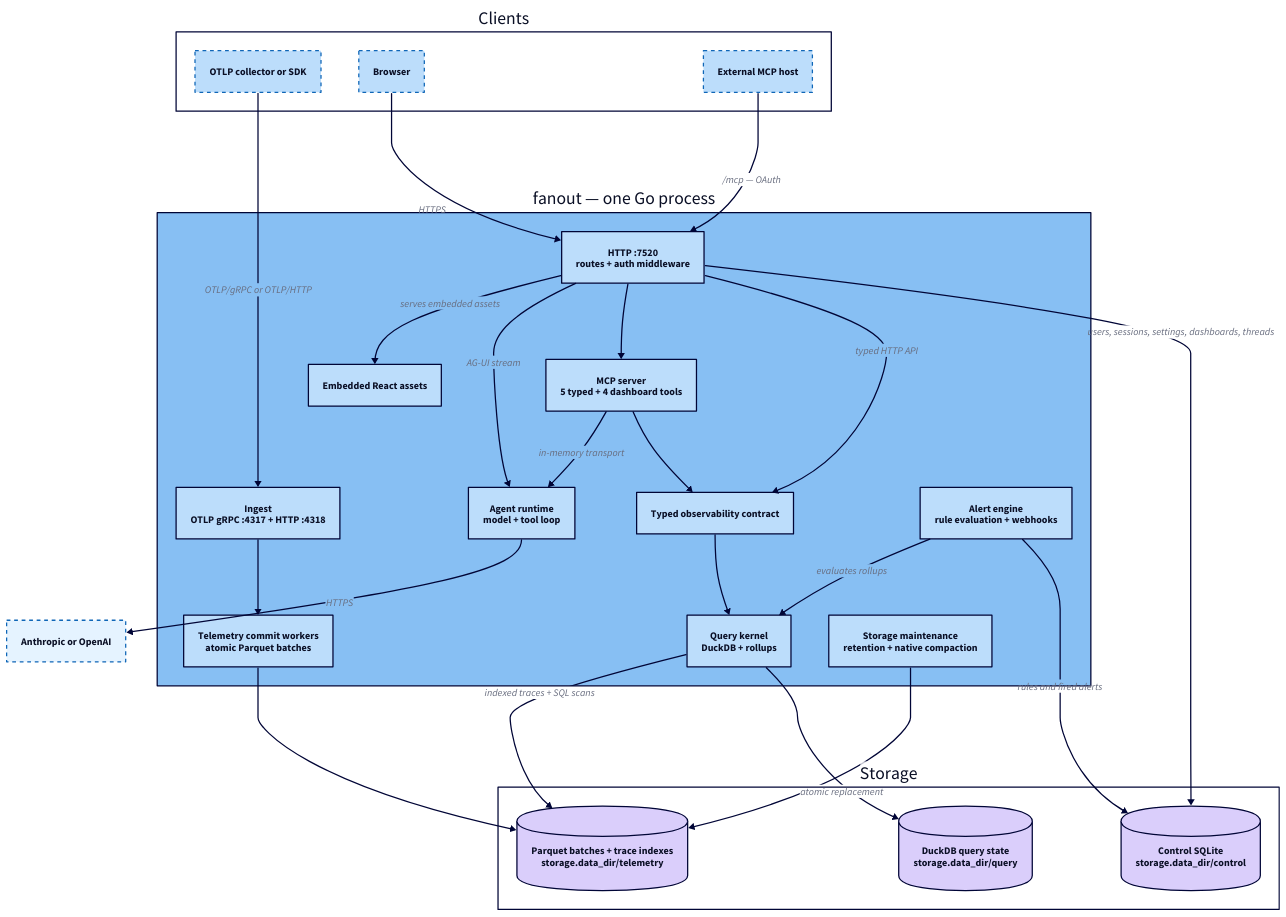
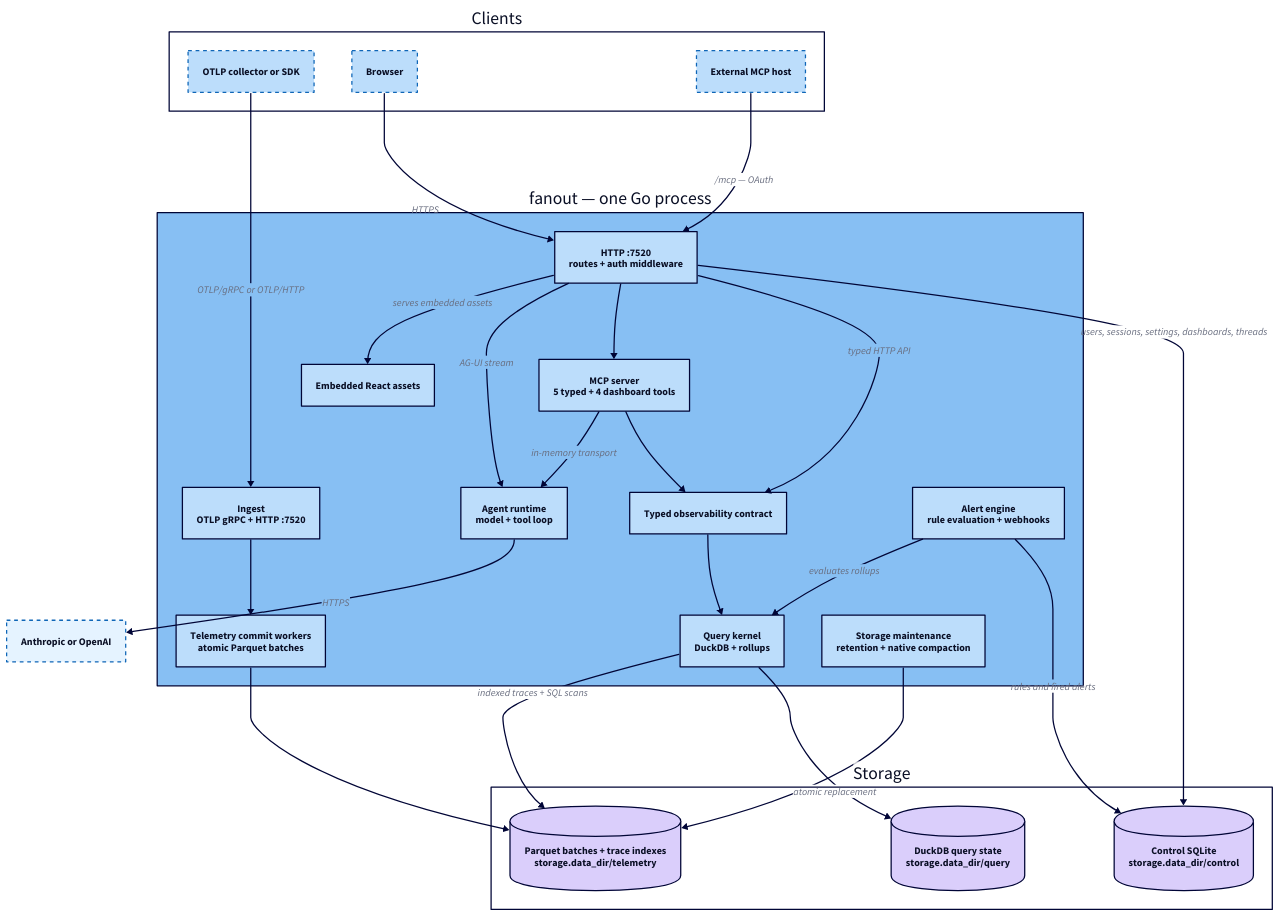
One commit to labstack/fanout changed the diagram in docs/diagrams/architecture.d2. Above: the diagram before and after it, drawn with D2. The commit also changed 66 other files, not shown here.

```diff
--- a/docs/diagrams/architecture.d2
+++ b/docs/diagrams/architecture.d2
@@ -1,64 +1,64 @@
 # Fanout runtime architecture: what one process owns, and how a request reaches
 # storage. Render with `just diagrams`; commit the SVG beside this file.
 
 vars: {
   d2-config: {
     layout-engine: dagre
     theme-id: 5
   }
 }
 
 direction: down
 
 clients: Clients {
   style.fill: transparent
   collector: "OTLP collector or SDK" {style.stroke-dash: 3}
   browser: Browser {style.stroke-dash: 3}
   ext: "External MCP host" {style.stroke-dash: 3}
 }
 
 fanout: "fanout — one Go process" {
   style.stroke-width: 2
 
   http: "HTTP :7520\nroutes + auth middleware"
-  ingest: "Ingest\nOTLP gRPC :4317 + HTTP :4318"
+  ingest: "Ingest\nOTLP gRPC + HTTP :7520"
   ui: "Embedded React assets"
   agent: "Agent runtime\nmodel + tool loop"
   mcp: "MCP server\n5 typed + 4 dashboard tools"
   obs: "Typed observability contract"
   commit: "Telemetry commit workers\natomic Parquet batches"
   query: "Query kernel\nDuckDB + rollups"
   maint: "Storage maintenance\nretention + native compaction"
   alert: "Alert engine\nrule evaluation + webhooks"
 
   ingest -> commit
   http -> ui: serves embedded assets
   http -> agent: AG-UI stream
   http -> mcp
   mcp -> agent: in-memory transport
   mcp -> obs
   http -> obs: typed HTTP API
   obs -> query
   alert -> query: evaluates rollups
 }
 
 store: Storage {
   style.fill: transparent
   telemetry: "Parquet batches + trace indexes\nstorage.data_dir/telemetry" {shape: cylinder}
   qstate: "DuckDB query state\nstorage.data_dir/query" {shape: cylinder}
   control: "Control SQLite\nstorage.data_dir/control" {shape: cylinder}
 }
 
 model: "Anthropic or OpenAI" {style.stroke-dash: 3}
 
 clients.collector -> fanout.ingest: "OTLP/gRPC or OTLP/HTTP"
 clients.browser -> fanout.http: HTTPS
 clients.ext -> fanout.http: "/mcp — OAuth"
 
 fanout.commit -> store.telemetry
 fanout.query -> store.telemetry: "indexed traces + SQL scans"
 fanout.query -> store.qstate
 fanout.maint -> store.telemetry: "atomic replacement"
 fanout.http -> store.control: "users, sessions, settings, dashboards, threads"
 fanout.alert -> store.control: "rules and fired alerts"
 fanout.agent -> model: HTTPS
```
